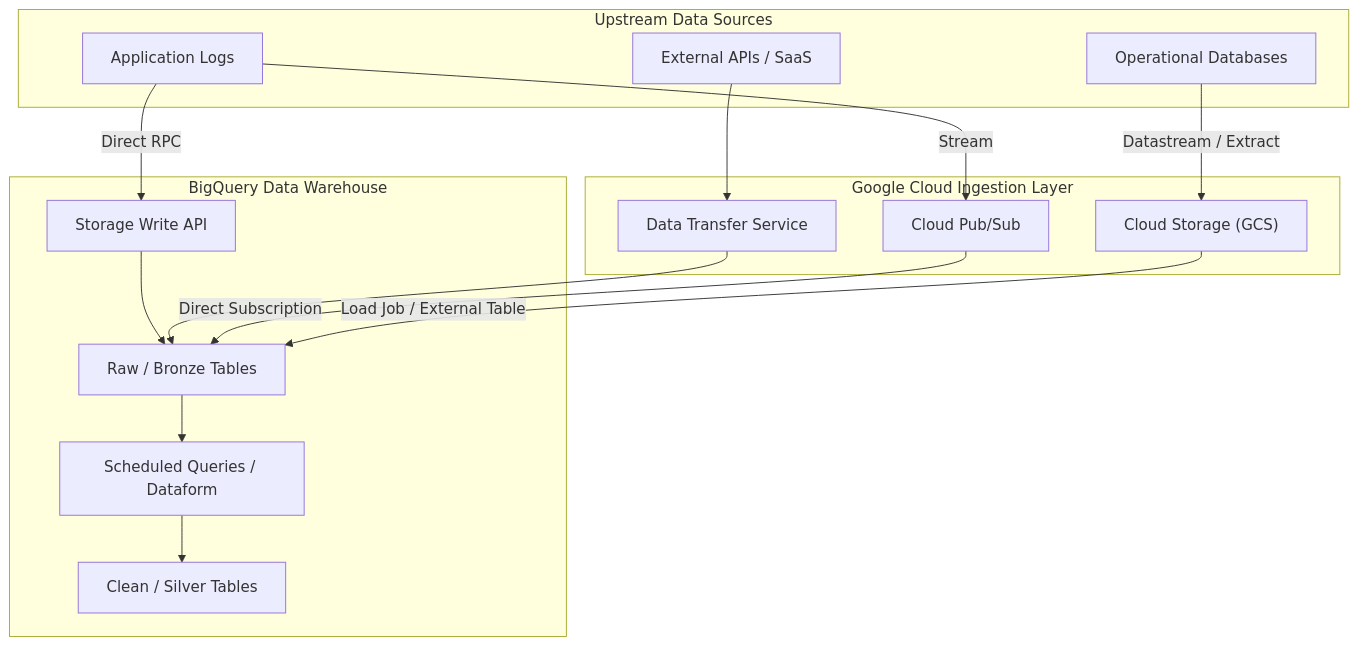
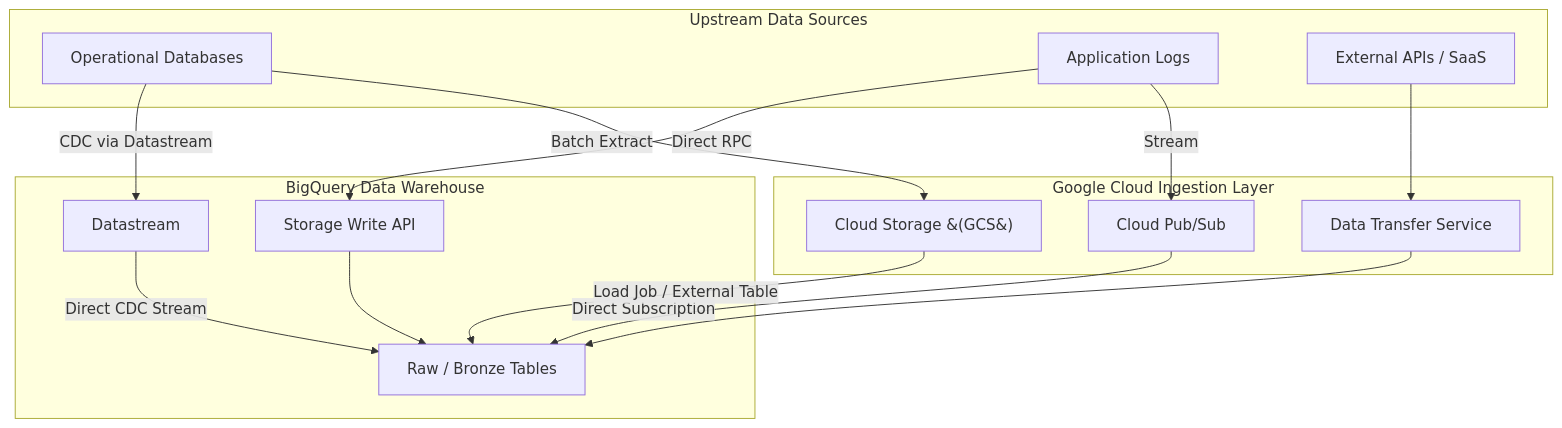
Before and after one commit to toanbui626391/data_architect: the diagram in gcp/bigquery_ingestion_architecture.md, drawn with Mermaid. The commit also changed other lines of this file and 3 other files, not shown here.

Commit message:
update bigquery data warehouse design documents

````diff
--- a/gcp/bigquery_ingestion_architecture.md
+++ b/gcp/bigquery_ingestion_architecture.md
@@ -24,34 +24,31 @@
 ```mermaid
 flowchart TD
-    subgraph Upstream Data Sources
-        DB["Operational Databases"]
-        App["Application Logs"]
-        SaaS["External APIs / SaaS"]
+    subgraph Sources [Upstream Data Sources]
+        DB[Operational Databases]
+        App[Application Logs]
+        SaaS[External APIs / SaaS]
     end
 
-    subgraph Google Cloud Ingestion Layer
-        GCS["Cloud Storage (GCS)"]
-        PubSub["Cloud Pub/Sub"]
-        DTS["Data Transfer Service"]
+    subgraph Ingestion [Google Cloud Ingestion Layer]
+        GCS[Cloud Storage &#40;GCS&#41;]
+        PubSub[Cloud Pub/Sub]
+        DTS[Data Transfer Service]
     end
 
-    subgraph BigQuery Data Warehouse
-        WriteAPI["Storage Write API"]
-        Raw["Raw / Bronze Tables"]
-        Clean["Clean / Silver Tables"]
-        Transform["Scheduled Queries / Dataform"]
+    subgraph BQ [BigQuery Data Warehouse]
+        WriteAPI[Storage Write API]
+        Raw[Raw / Bronze Tables]
         
         WriteAPI --> Raw
         DTS --> Raw
         PubSub -->|Direct Subscription| Raw
         GCS -->|Load Job / External Table| Raw
-        
-        Raw --> Transform
-        Transform --> Clean
+        Datastream -->|Direct CDC Stream| Raw
     end
 
-    DB -->|Datastream / Extract| GCS
+    DB -->|Batch Extract| GCS
+    DB -->|CDC via Datastream| Datastream
     App -->|Stream| PubSub
     App -->|Direct RPC| WriteAPI
     SaaS --> DTS
 ```
````
